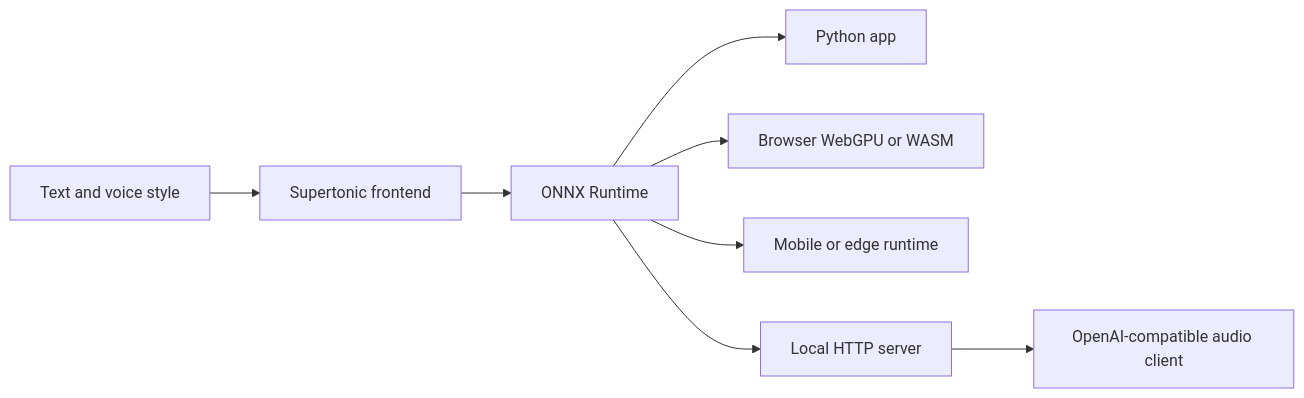
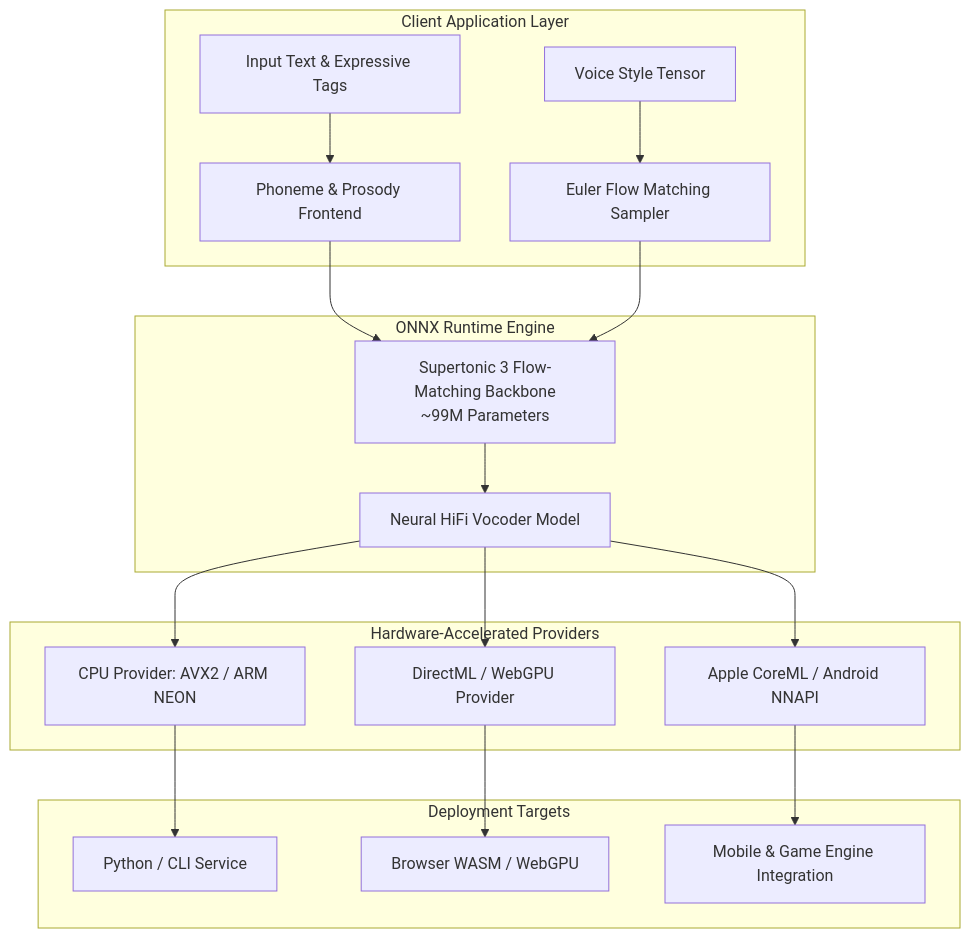
One commit to akillness/akillness.github.io changed the diagram in _posts/2026/05/2026-05-18-supertonic-onnx-runtime-tts.md. Above: the diagram before and after it, drawn with Mermaid. The commit also changed other lines of this file and 1 other file, not shown here.

Commit message:
archive(dev): rebuild supertonic-onnx-runtime-tts from 2026-05 note

````diff
--- a/_posts/2026/05/2026-05-18-supertonic-onnx-runtime-tts.md
+++ b/_posts/2026/05/2026-05-18-supertonic-onnx-runtime-tts.md
@@ -45,10 +28,25 @@
 ```mermaid
-flowchart LR
-    A[Text and voice style] --> B[Supertonic frontend]
-    B --> C[ONNX Runtime]
-    C --> D[Python app]
-    C --> E[Browser WebGPU or WASM]
-    C --> F[Mobile or edge runtime]
-    C --> G[Local HTTP server]
-    G --> H[OpenAI-compatible audio client]
+flowchart TD
+    subgraph Client["Client Application Layer"]
+        InputText[Input Text & Expressive Tags] --> Frontend[Phoneme & Prosody Frontend]
+        StyleVector[Voice Style Tensor] --> Sampler[Euler Flow Matching Sampler]
+    end
+
+    subgraph CoreEngine["ONNX Runtime Engine"]
+        Frontend --> AcousticModel[Supertonic 3 Flow-Matching Backbone\n~99M Parameters]
+        Sampler --> AcousticModel
+        AcousticModel --> Vocoder[Neural HiFi Vocoder Model]
+    end
+
+    subgraph ExecutionProviders["Hardware-Accelerated Providers"]
+        Vocoder --> CPU[CPU Provider: AVX2 / ARM NEON]
+        Vocoder --> GPU[DirectML / WebGPU Provider]
+        Vocoder --> NPU[Apple CoreML / Android NNAPI]
+    end
+
+    subgraph Targets["Deployment Targets"]
+        CPU --> PythonTarget[Python / CLI Service]
+        GPU --> BrowserTarget[Browser WASM / WebGPU]
+        NPU --> MobileTarget[Mobile & Game Engine Integration]
+    end
 ```
````
